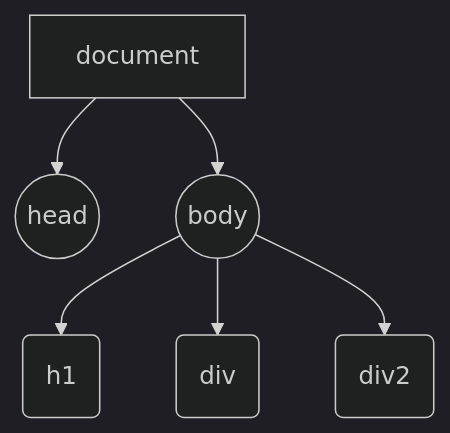
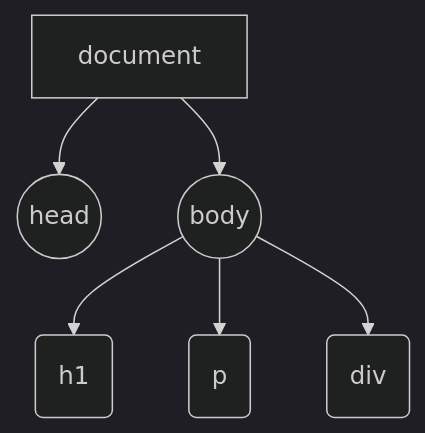
One commit to rafaelrpq/f1 changed the diagram in README.md. Above: the diagram before and after it, drawn with Mermaid (dark theme).

````diff
--- a/README.md
+++ b/README.md
@@ -14,8 +14,8 @@
 ```mermaid
     graph TD
     doc[document] --> head((head))
     doc --> body((body))
     body --> h1(h1)
+    body --> p(p)
     body --> div(div)
-    body --> div2(div2)
 ```
````
